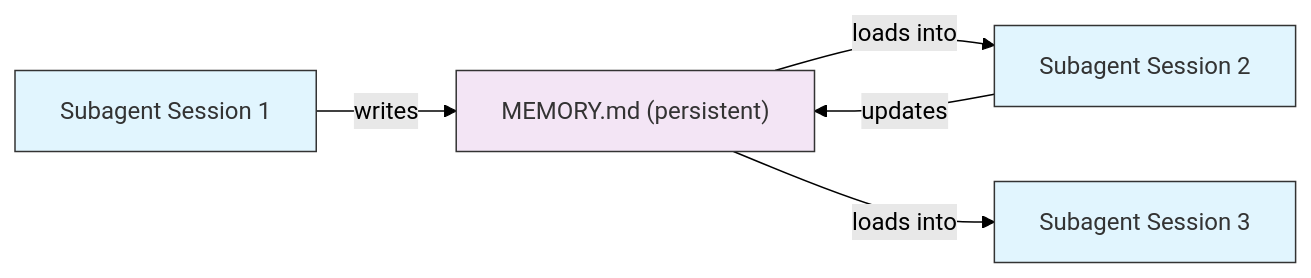
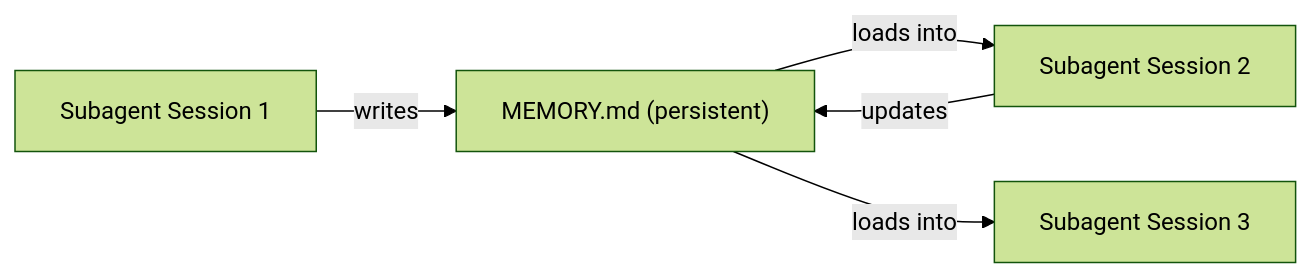
Before and after one commit to Rx782-Fss/claude-howto-zh: the first of 7 diagrams in claude-howto-zh/04-subagents/README.md, drawn with Mermaid (forest theme). The commit also changed other lines of this file and 9 other files, not shown here.

Commit message:
fix: 清除 Mermaid style 行(105处)和节点标签数字列表格式(17处)，修复 Obsidian/GitHub 'Unsupported markdown: list' 渲染错误

````diff
--- a/claude-howto-zh/04-subagents/README.md
+++ b/claude-howto-zh/04-subagents/README.md
@@ -446,12 +446,8 @@
 ```mermaid
 graph LR
     A["Subagent Session 1"] -->|writes| M["MEMORY.md (persistent)"]
     M -->|loads into| B["Subagent Session 2"]
     B -->|updates| M
     M -->|loads into| C["Subagent Session 3"]
 
-    style A fill:#e1f5fe,stroke:#333,color:#333
-    style B fill:#e1f5fe,stroke:#333,color:#333
-    style C fill:#e1f5fe,stroke:#333,color:#333
-    style M fill:#f3e5f5,stroke:#333,color:#333
 ```
````
